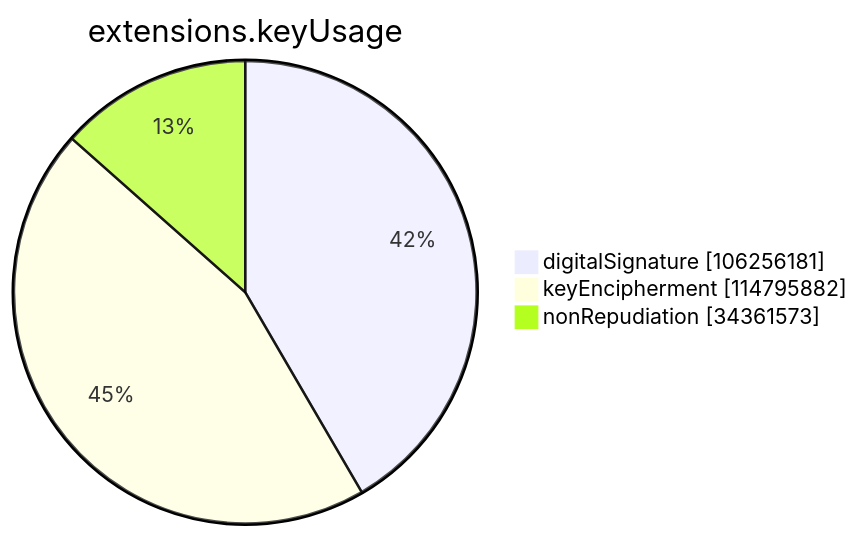
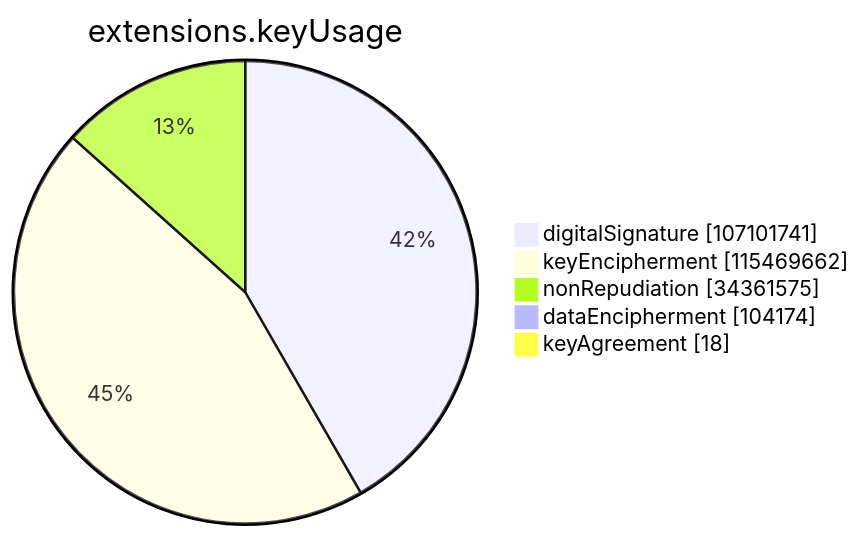
Before and after one commit to christiankrug/ctmonitor_visualization: the sixth of 15 diagrams in argon2023/README.md, drawn with Mermaid. The commit also changed other lines of this file, not shown here.

````diff
--- a/argon2023/README.md
+++ b/argon2023/README.md
@@ -2129,7 +2130,9 @@
 ```mermaid
 pie showData
 title extensions.keyUsage
-"digitalSignature" :106256181
-"keyEncipherment" :114795882
-"nonRepudiation" :34361573
+"digitalSignature" :107101741
+"keyEncipherment" :115469662
+"nonRepudiation" :34361575
+"dataEncipherment" :104174
+"keyAgreement" :18
 ```
````
